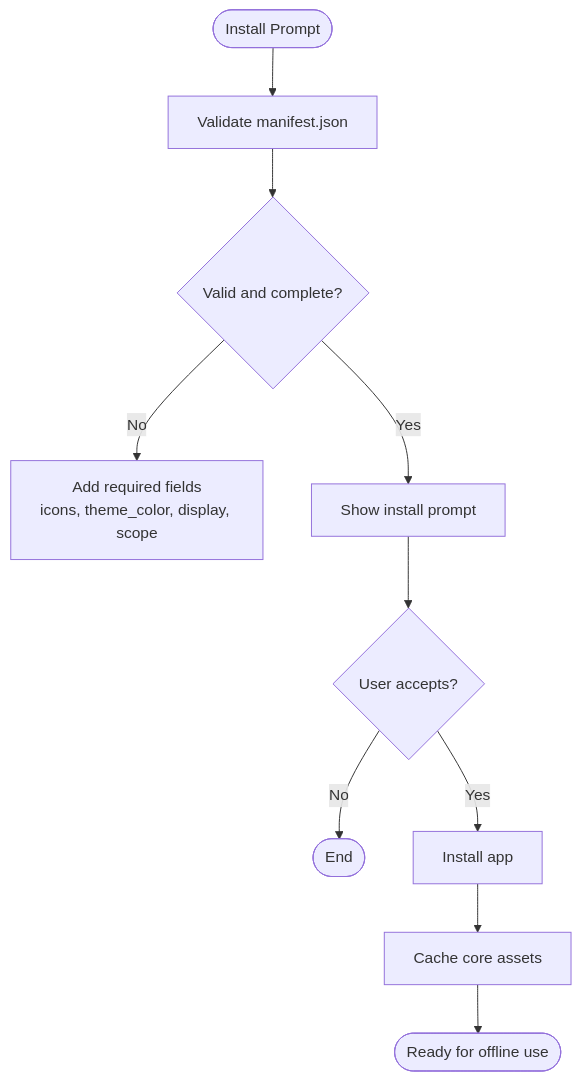
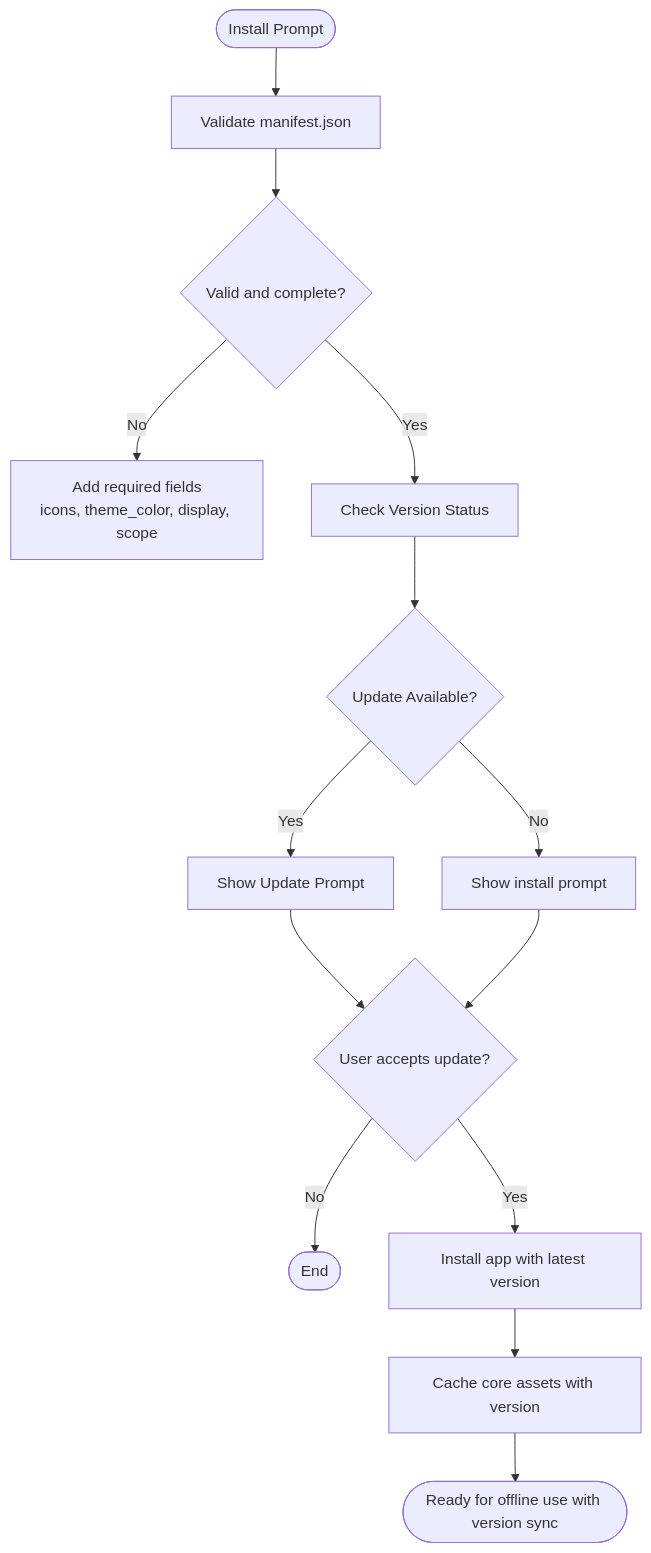
One commit to raihom-netizen/com.gestaoyahwehios.app changed the fourth of 8 diagrams in .qoder/repowiki/en/content/Web Platform/Web Platform.md. Above: the diagram before and after it, drawn with Mermaid. The commit also changed other lines of this file and 161 other files, not shown here.

````diff
--- a/.qoder/repowiki/en/content/Web Platform/Web Platform.md
+++ b/.qoder/repowiki/en/content/Web Platform/Web Platform.md
@@ -254,12 +277,16 @@
 ```mermaid
 flowchart TD
 Start(["Install Prompt"]) --> CheckManifest["Validate manifest.json"]
 CheckManifest --> Valid{"Valid and complete?"}
 Valid --> |No| FixManifest["Add required fields<br/>icons, theme_color, display, scope"]
-Valid --> |Yes| ShowPrompt["Show install prompt"]
-ShowPrompt --> UserAction{"User accepts?"}
+Valid --> |Yes| CheckVersion["Check Version Status"]
+CheckVersion --> HasUpdate{"Update Available?"}
+HasUpdate --> |Yes| ShowUpdatePrompt["Show Update Prompt"]
+HasUpdate --> |No| ShowPrompt["Show install prompt"]
+ShowUpdatePrompt --> UserAction{"User accepts update?"}
+ShowPrompt --> UserAction
 UserAction --> |No| End(["End"])
-UserAction --> |Yes| Install["Install app"]
-Install --> CacheAssets["Cache core assets"]
-CacheAssets --> Ready(["Ready for offline use"])
+UserAction --> |Yes| Install["Install app with latest version"]
+Install --> CacheAssets["Cache core assets with version"]
+CacheAssets --> Ready(["Ready for offline use with version sync"])
 ```
````
